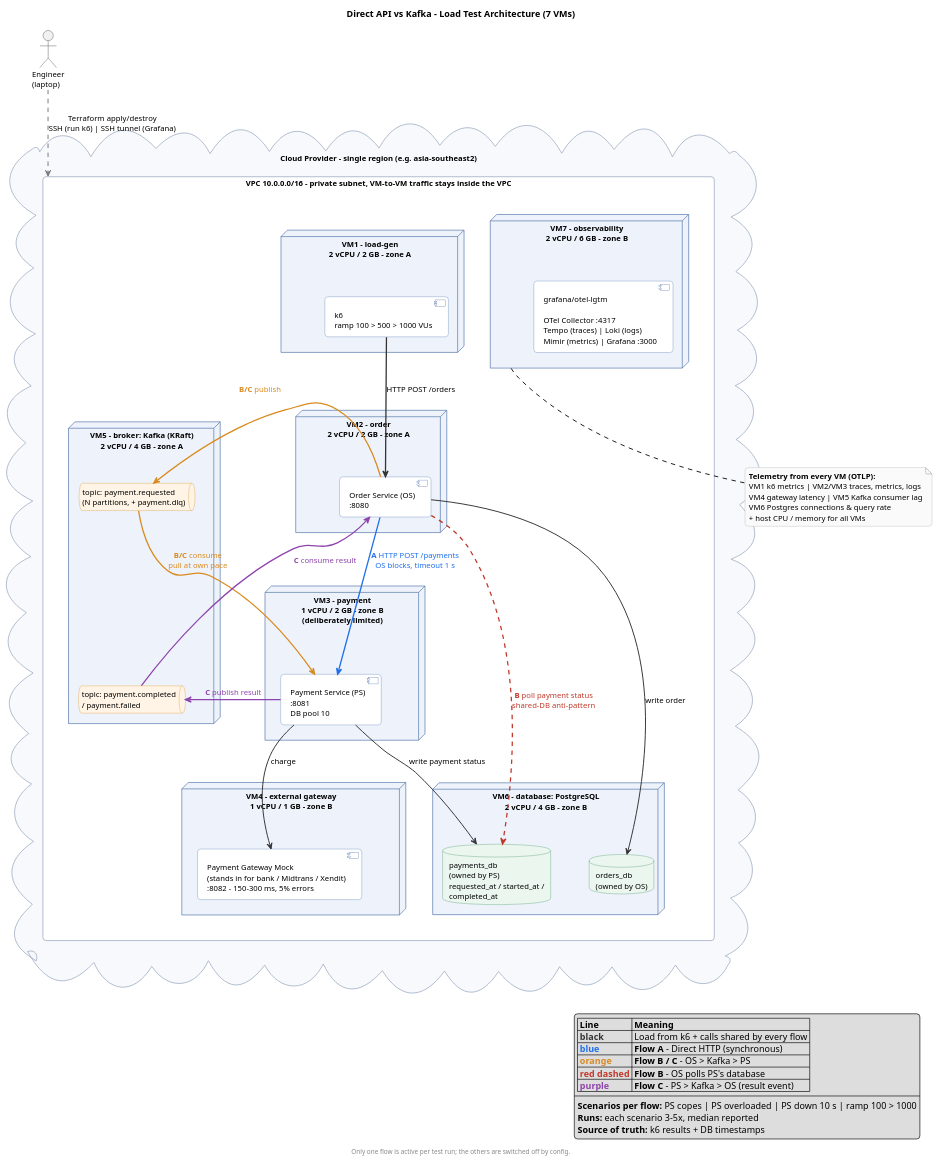
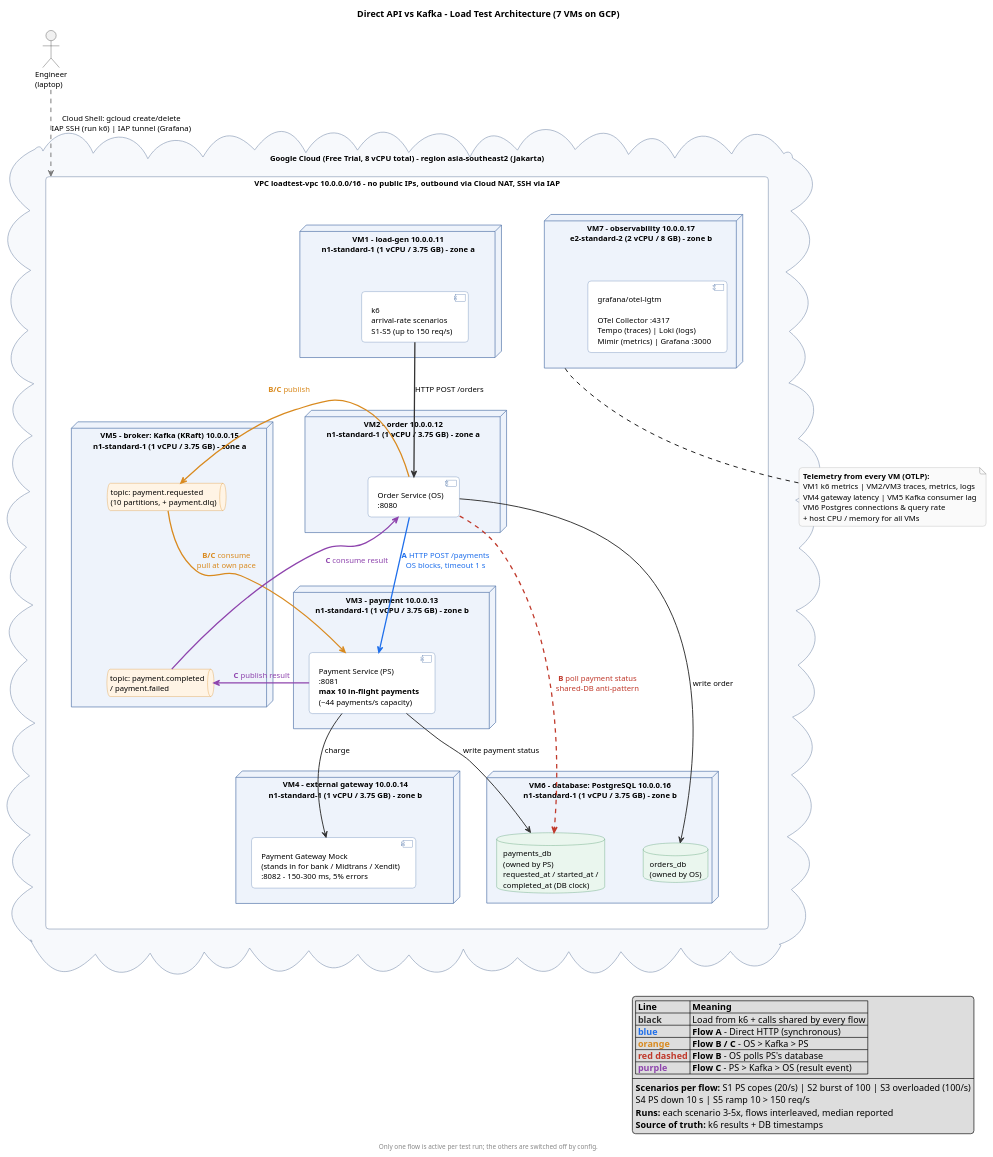
Before and after one commit to akmal09/Event-Driven-Architecture: the diagram in architecture.puml, drawn with PlantUML. The commit also changed 3 other files, not shown here.

```diff
--- a/architecture.puml
+++ b/architecture.puml
@@ -1,139 +1,140 @@
 @startuml architecture
 ' ============================================================================
 '  Direct API vs Kafka - Load Test Architecture (7 Cloud VMs)
 '  Order Service (OS) -> Payment Service (PS), 3 flows compared:
 '    A. Direct HTTP            (OS calls PS synchronously)
 '    B. Kafka + DB polling     (OS publishes, then polls PS's DB for status)
 '    C. Kafka + result event   (OS publishes, PS publishes result back)
 '  Only one flow is active per test run (switched by config).
 '  Every component runs on its own VM, so every flow pays a real network hop.
 ' ============================================================================
 
-title Direct API vs Kafka - Load Test Architecture (7 VMs)
+title Direct API vs Kafka - Load Test Architecture (7 VMs on GCP)
 
 skinparam defaultFontName "Segoe UI"
 skinparam defaultFontSize 12
 skinparam shadowing false
 skinparam roundCorner 10
 skinparam nodesep 60
 skinparam ranksep 70
 skinparam ArrowThickness 1.5
 
 skinparam cloud {
   BackgroundColor #F7F9FC
   BorderColor #8A9BB5
 }
 skinparam rectangle {
   BackgroundColor #FFFFFF
   BorderColor #8A9BB5
 }
 skinparam node {
   BackgroundColor #EEF3FB
   BorderColor #4A6FA5
 }
 skinparam component {
   BackgroundColor #FFFFFF
   BorderColor #4A6FA5
 }
 skinparam queue {
   BackgroundColor #FFF4E5
   BorderColor #D98A1F
 }
 skinparam database {
   BackgroundColor #EAF6EE
   BorderColor #3C8D5A
 }
 skinparam note {
   BackgroundColor #FAFAFA
   BorderColor #AAAAAA
 }
 
 actor "Engineer\n(laptop)" as engineer
 
-cloud "Cloud Provider - single region (e.g. asia-southeast2)" as provider {
-  rectangle "VPC 10.0.0.0/16 - private subnet, VM-to-VM traffic stays inside the VPC" as vpc {
+cloud "Google Cloud (Free Trial, 8 vCPU total) - region asia-southeast2 (Jakarta)" as provider {
+  rectangle "VPC loadtest-vpc 10.0.0.0/16 - no public IPs, outbound via Cloud NAT, SSH via IAP" as vpc {
 
-    node "**VM1 - load-gen**\n2 vCPU / 2 GB - zone A" as vm1 {
-      component "k6\nramp 100 > 500 > 1000 VUs" as k6
+    node "**VM1 - load-gen** 10.0.0.11\nn1-standard-1 (1 vCPU / 3.75 GB) - zone a" as vm1 {
+      component "k6\narrival-rate scenarios\nS1-S5 (up to 150 req/s)" as k6
     }
 
-    node "**VM2 - order**\n2 vCPU / 2 GB - zone A" as vm2 {
+    node "**VM2 - order** 10.0.0.12\nn1-standard-1 (1 vCPU / 3.75 GB) - zone a" as vm2 {
       component "Order Service (OS)\n:8080" as os
     }
 
-    node "**VM3 - payment**\n**1 vCPU** / 2 GB - zone B\n(deliberately limited)" as vm3 {
-      component "Payment Service (PS)\n:8081\nDB pool 10" as ps
+    node "**VM3 - payment** 10.0.0.13\nn1-standard-1 (1 vCPU / 3.75 GB) - zone b" as vm3 {
+      component "Payment Service (PS)\n:8081\n**max 10 in-flight payments**\n(~44 payments/s capacity)" as ps
     }
 
-    node "**VM4 - external gateway**\n1 vCPU / 1 GB - zone B" as vm4 {
+    node "**VM4 - external gateway** 10.0.0.14\nn1-standard-1 (1 vCPU / 3.75 GB) - zone b" as vm4 {
       component "Payment Gateway Mock\n(stands in for bank / Midtrans / Xendit)\n:8082 - 150-300 ms, 5% errors" as bank
     }
 
-    node "**VM5 - broker: Kafka (KRaft)**\n2 vCPU / 4 GB - zone A" as vm5 {
-      queue "topic: payment.requested\n(N partitions, + payment.dlq)" as t_req
+    node "**VM5 - broker: Kafka (KRaft)** 10.0.0.15\nn1-standard-1 (1 vCPU / 3.75 GB) - zone a" as vm5 {
+      queue "topic: payment.requested\n(10 partitions, + payment.dlq)" as t_req
       queue "topic: payment.completed\n/ payment.failed" as t_res
     }
 
-    node "**VM6 - database: PostgreSQL**\n2 vCPU / 4 GB - zone B" as vm6 {
+    node "**VM6 - database: PostgreSQL** 10.0.0.16\nn1-standard-1 (1 vCPU / 3.75 GB) - zone b" as vm6 {
       database "orders_db\n(owned by OS)" as orders_db
-      database "payments_db\n(owned by PS)\nrequested_at / started_at /\ncompleted_at" as payments_db
+      database "payments_db\n(owned by PS)\nrequested_at / started_at /\ncompleted_at (DB clock)" as payments_db
     }
 
-    node "**VM7 - observability**\n2 vCPU / 6 GB - zone B" as vm7 {
+    node "**VM7 - observability** 10.0.0.17\ne2-standard-2 (2 vCPU / 8 GB) - zone b" as vm7 {
       component "grafana/otel-lgtm\n\nOTel Collector :4317\nTempo (traces) | Loki (logs)\nMimir (metrics) | Grafana :3000" as lgtm
     }
   }
 }
 
 note bottom of vm7
   **Telemetry from every VM (OTLP):**
   VM1 k6 metrics | VM2/VM3 traces, metrics, logs
   VM4 gateway latency | VM5 Kafka consumer lag
   VM6 Postgres connections & query rate
   + host CPU / memory for all VMs
 end note
 
 ' ---------------------------------------------------------------- layout hints
 vm1 -[hidden]down- vm2
 vm2 -[hidden]down- vm3
 vm3 -[hidden]down- vm4
 t_req -[hidden]down- t_res
 orders_db -[hidden]right- payments_db
 
 ' ---------------------------------------------------------------- operator access
-engineer -[#777777,dashed]-> vpc : Terraform apply/destroy\nSSH (run k6) | SSH tunnel (Grafana)
+engineer -[#777777,dashed]-> vpc : Cloud Shell: gcloud create/delete\nIAP SSH (run k6) | IAP tunnel (Grafana)
 
 ' ---------------------------------------------------------------- load (all flows)
 k6 -[#333333,bold]down-> os : HTTP POST /orders
 
 ' ---------------------------------------------------------------- flow A: direct
 os -[#1F6FEB,bold]down-> ps : <color:#1F6FEB>**A** HTTP POST /payments</color>\n<color:#1F6FEB>OS blocks, timeout 1 s</color>
 
 ' ---------------------------------------------------------------- flows B & C: via Kafka
 os -[#D98A1F,bold]-> t_req : <color:#D98A1F>**B/C** publish</color>
 t_req -[#D98A1F,bold]-> ps : <color:#D98A1F>**B/C** consume</color>\n<color:#D98A1F>pull at own pace</color>
 os -[#C0392B,dashed,thickness=2]-> payments_db : <color:#C0392B>**B** poll payment status</color>\n<color:#C0392B>shared-DB anti-pattern</color>
 ps -[#8E44AD,bold]-> t_res : <color:#8E44AD>**C** publish result</color>
 t_res -[#8E44AD,bold]-> os : <color:#8E44AD>**C** consume result</color>
 
 ' ---------------------------------------------------------------- shared by all flows
 os -[#333333]-> orders_db : write order
 ps -[#333333]down-> bank : charge
 ps -[#333333]-> payments_db : write payment status
 
 legend right
   |= Line |= Meaning |
   | <color:#333333>**black**</color> | Load from k6 + calls shared by every flow |
   | <color:#1F6FEB>**blue**</color> | **Flow A** - Direct HTTP (synchronous) |
   | <color:#D98A1F>**orange**</color> | **Flow B / C** - OS > Kafka > PS |
   | <color:#C0392B>**red dashed**</color> | **Flow B** - OS polls PS's database |
   | <color:#8E44AD>**purple**</color> | **Flow C** - PS > Kafka > OS (result event) |
   ----
-  **Scenarios per flow:** PS copes | PS overloaded | PS down 10 s | ramp 100 > 1000
-  **Runs:** each scenario 3-5x, median reported
+  **Scenarios per flow:** S1 PS copes (20/s) | S2 burst of 100 | S3 overloaded (100/s)
+  S4 PS down 10 s | S5 ramp 10 > 150 req/s
+  **Runs:** each scenario 3-5x, flows interleaved, median reported
   **Source of truth:** k6 results + DB timestamps
 endlegend
 
 footer Only one flow is active per test run; the others are switched off by config.
 
 @enduml
```
